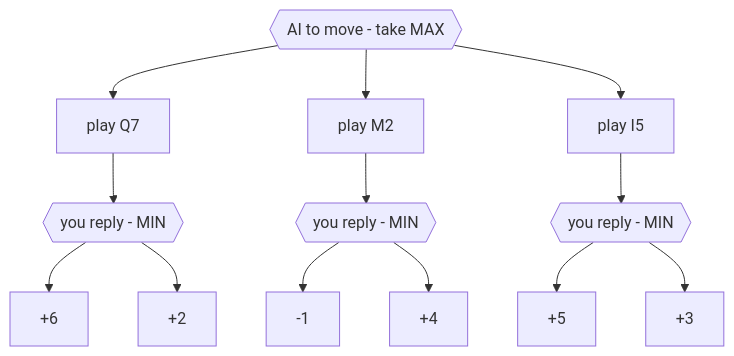
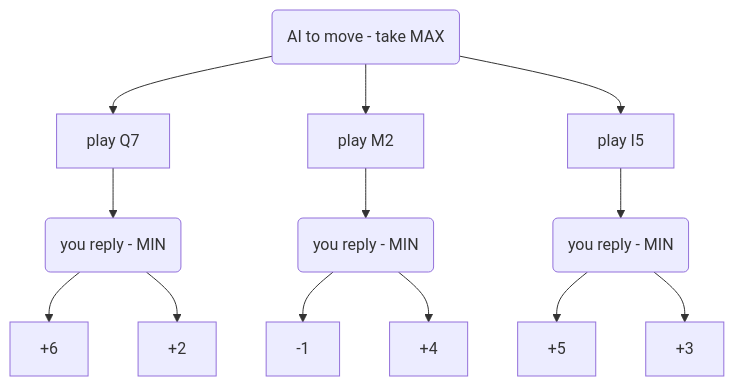
One commit to HobbitDur/FF8ModdingWiki changed the third of 3 diagrams in FF8/TechnicalReference/Field/Field Opcodes/315_13A_CARDGAME.md. Above: the diagram before and after it, drawn with Mermaid.

Commit message:
Fixing flowchart

````diff
--- a/FF8/TechnicalReference/Field/Field Opcodes/315_13A_CARDGAME.md
+++ b/FF8/TechnicalReference/Field/Field Opcodes/315_13A_CARDGAME.md
@@ -219,16 +219,16 @@
 ```mermaid
 flowchart TD
-    R{{"AI to move - take MAX"}}
+    R("AI to move - take MAX")
     R --> Q7["play Q7"]
     R --> M2["play M2"]
     R --> I5["play I5"]
-    Q7 --> Q7m{{"you reply - MIN"}}
-    M2 --> M2m{{"you reply - MIN"}}
-    I5 --> I5m{{"you reply - MIN"}}
+    Q7 --> Q7m("you reply - MIN")
+    M2 --> M2m("you reply - MIN")
+    I5 --> I5m("you reply - MIN")
     Q7m --> Q7a["+6"]
     Q7m --> Q7b["+2"]
     M2m --> M2a["-1"]
     M2m --> M2b["+4"]
     I5m --> I5a["+5"]
     I5m --> I5b["+3"]
 ```
````
